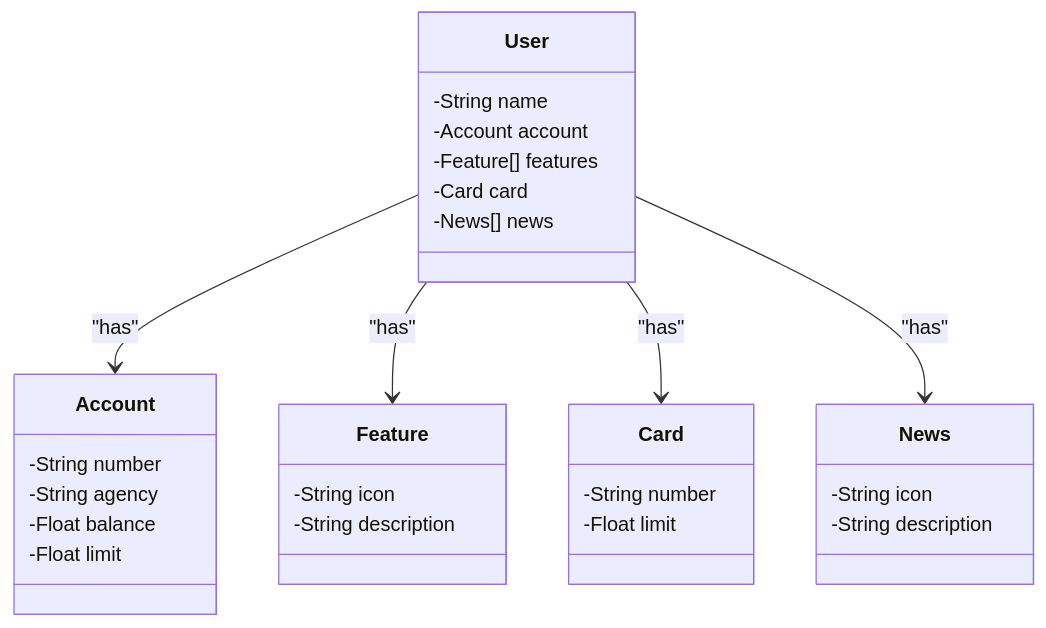
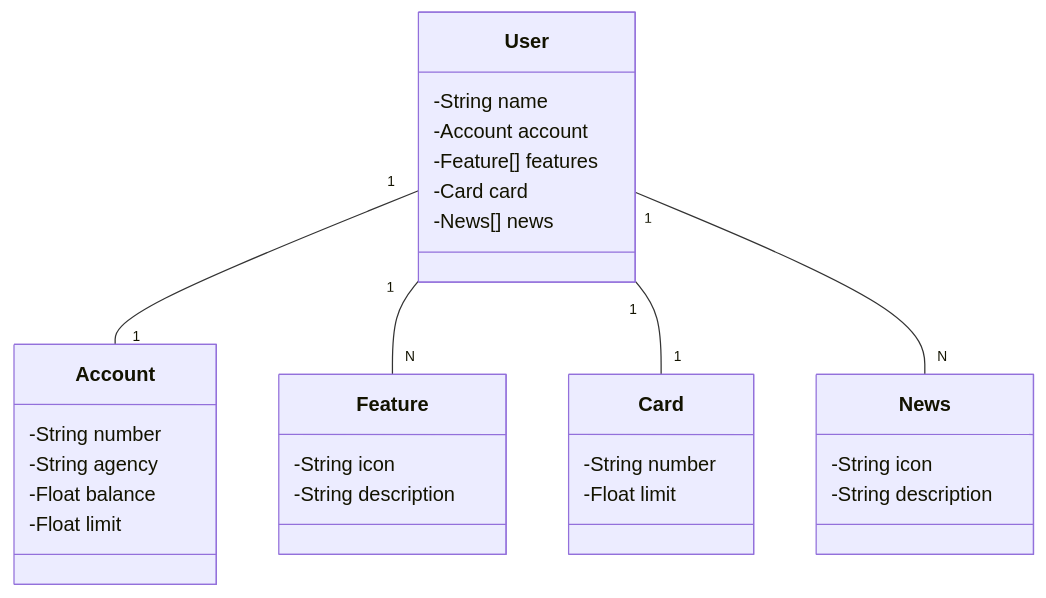
One commit to marcosynky/api-restful-sistema-bancario changed the diagram in README.md. Above: the diagram before and after it, drawn with Mermaid.

````diff
--- a/README.md
+++ b/README.md
@@ -7,38 +7,38 @@
  ```mermaid
 classDiagram
     class Account {
         -String number
         -String agency
         -Float balance
         -Float limit
     }
 
     class Feature {
         -String icon
         -String description
     }
 
     class Card {
         -String number
         -Float limit
     }
 
     class News {
         -String icon
         -String description
     }
 
     class User {
         -String name
         -Account account
         -Feature[] features
         -Card card
         -News[] news
     }
 
-    User --> Account : "has"
-    User --> Feature : "has"
-    User --> Card : "has"
-    User --> News : "has"
+    User "1"-- "1"Account 
+    User "1"--"N"Feature 
+    User "1"--"1"Card 
+    User "1"--"N" News 
 
 ```
````
